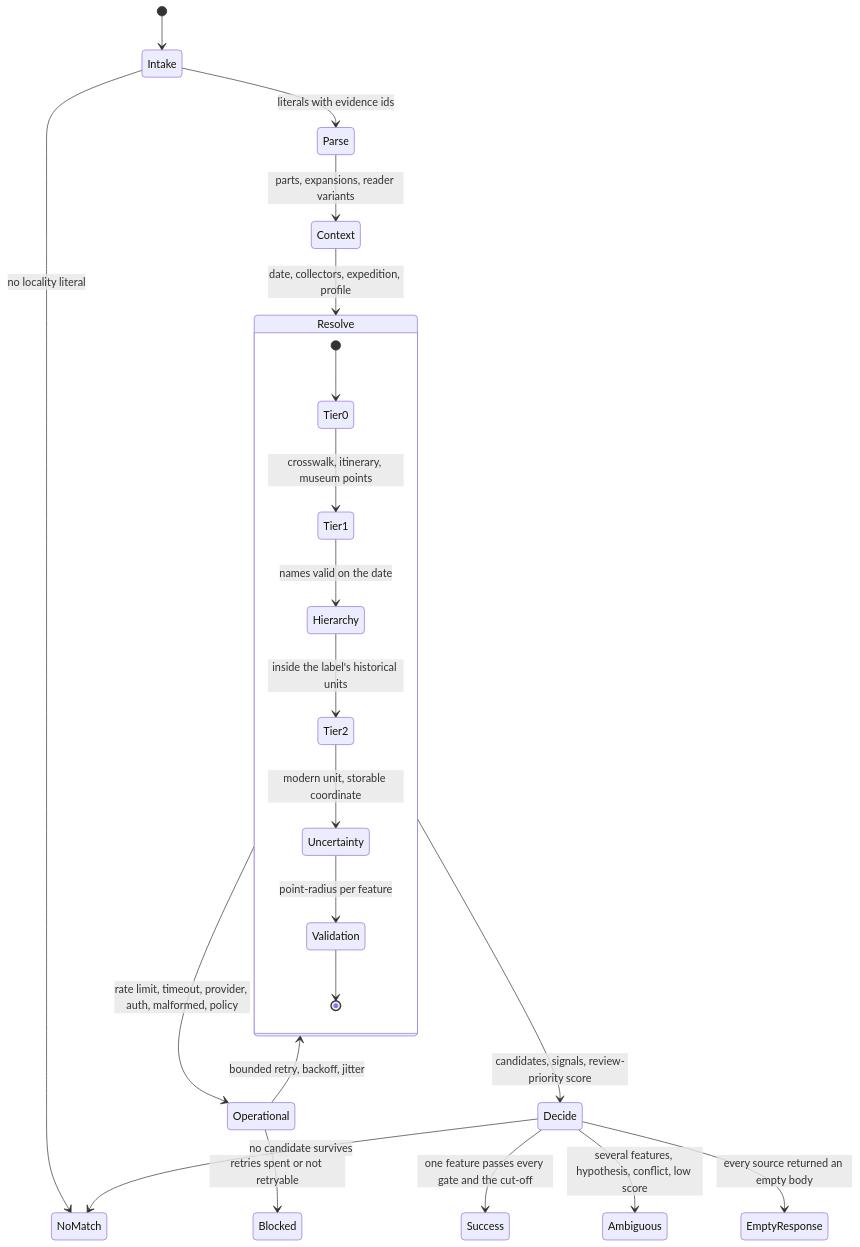
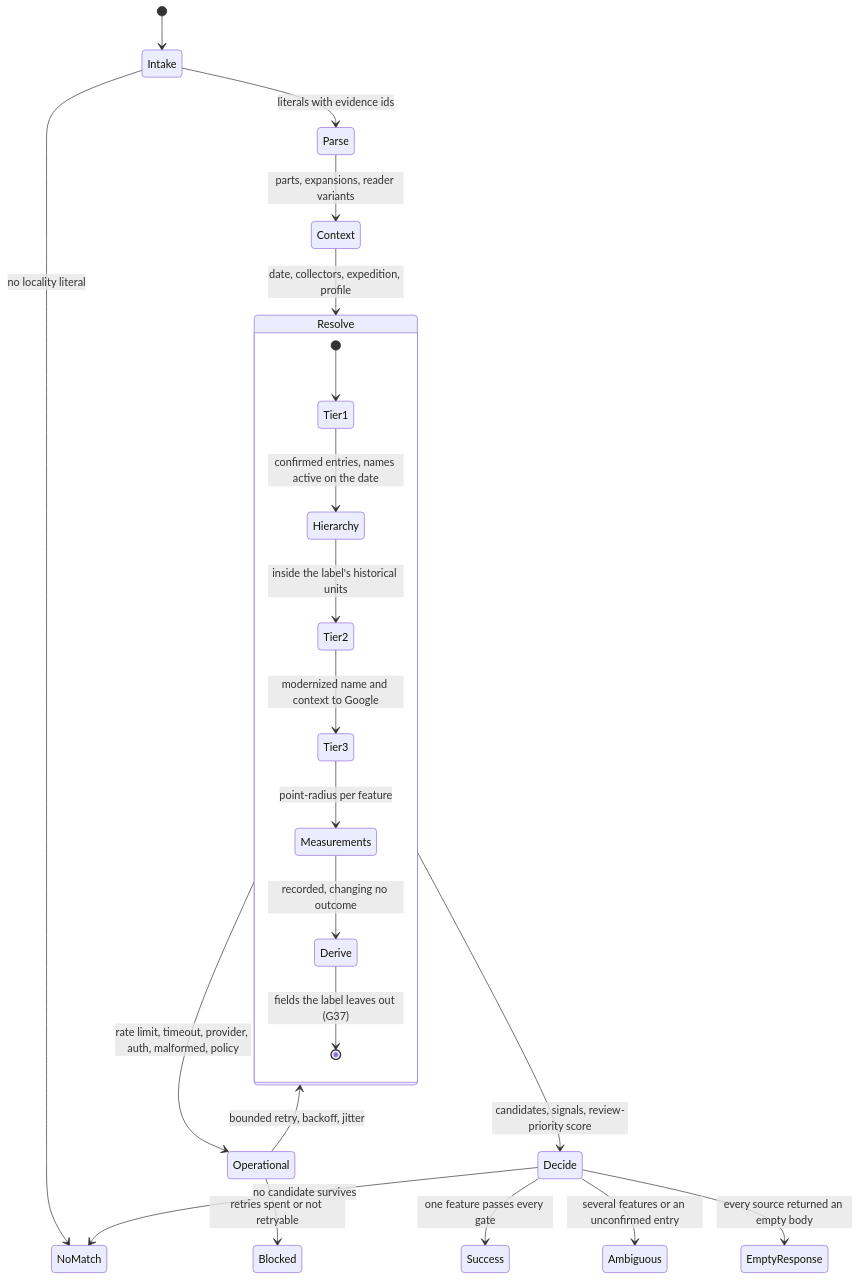
One commit to anurag-duddu/specimen-digitization-app changed the diagram in docs/product-requirements/GEOREFERENCING.md. Above: the diagram before and after it, drawn with Mermaid. The commit also changed other lines of this file and 1 other file, not shown here.

````diff
--- a/docs/product-requirements/GEOREFERENCING.md
+++ b/docs/product-requirements/GEOREFERENCING.md
@@ -93,25 +135,25 @@
 ```mermaid
 stateDiagram-v2
     [*] --> Intake
     Intake --> NoMatch: no locality literal
     Intake --> Parse: literals with evidence ids
     Parse --> Context: parts, expansions, reader variants
     Context --> Resolve: date, collectors, expedition, profile
     state Resolve {
-        [*] --> Tier0
-        Tier0 --> Tier1: crosswalk, itinerary, museum points
-        Tier1 --> Hierarchy: names valid on the date
+        [*] --> Tier1
+        Tier1 --> Hierarchy: confirmed entries, names active on the date
         Hierarchy --> Tier2: inside the label's historical units
-        Tier2 --> Uncertainty: modern unit, storable coordinate
-        Uncertainty --> Validation: point-radius per feature
-        Validation --> [*]
+        Tier2 --> Tier3: modernized name and context to Google
+        Tier3 --> Measurements: point-radius per feature
+        Measurements --> Derive: recorded, changing no outcome
+        Derive --> [*]: fields the label leaves out (G37)
     }
     Resolve --> Operational: rate limit, timeout, provider, auth, malformed, policy
     Operational --> Resolve: bounded retry, backoff, jitter
     Operational --> Blocked: retries spent or not retryable
     Resolve --> Decide: candidates, signals, review-priority score
-    Decide --> Success: one feature passes every gate and the cut-off
-    Decide --> Ambiguous: several features, hypothesis, conflict, low score
+    Decide --> Success: one feature passes every gate
+    Decide --> Ambiguous: several features or an unconfirmed entry
     Decide --> NoMatch: no candidate survives
     Decide --> EmptyResponse: every source returned an empty body
 ```
````
